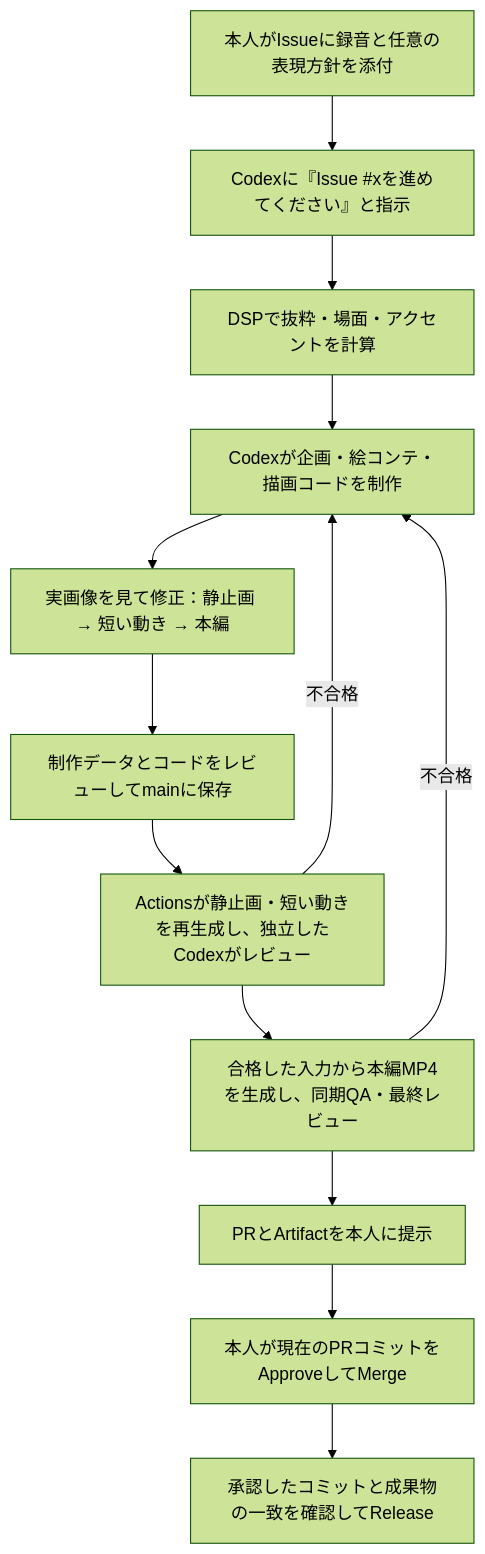
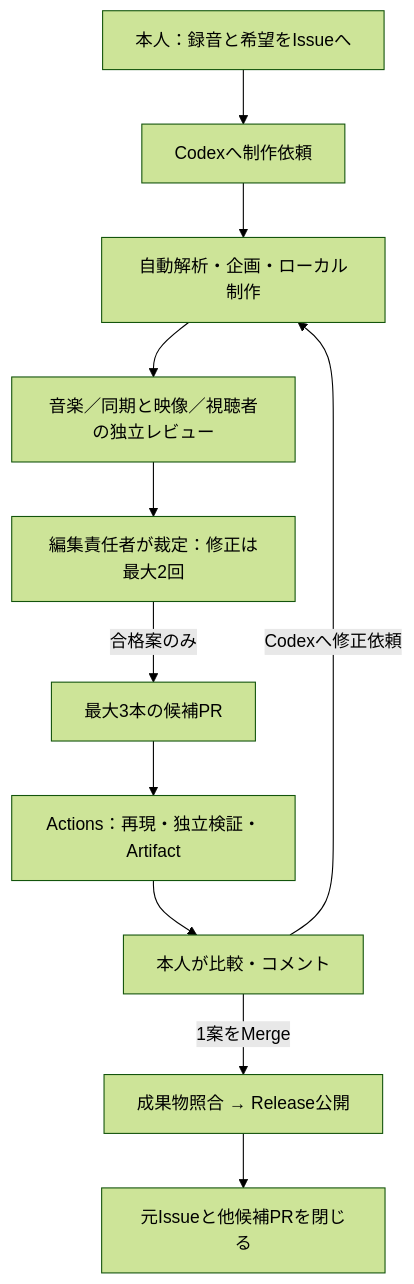
One commit to YusukeIwaki/chopin-mood changed the diagram in README.md. Above: the diagram before and after it, drawn with Mermaid (forest theme). The commit also changed other lines of this file and 29 other files, not shown here.

````diff
--- a/README.md
+++ b/README.md
@@ -11,17 +17,13 @@
 ```mermaid
 flowchart TD
-  A["本人がIssueに録音と任意の表現方針を添付"]
-  B["Codexに『Issue #xを進めてください』と指示"]
-  C["DSPで抜粋・場面・アクセントを計算"]
-  D["Codexが企画・絵コンテ・描画コードを制作"]
-  E["実画像を見て修正：静止画 → 短い動き → 本編"]
-  F["制作データとコードをレビューしてmainに保存"]
-  G["Actionsが静止画・短い動きを再生成し、独立したCodexがレビュー"]
-  H["合格した入力から本編MP4を生成し、同期QA・最終レビュー"]
-  I["PRとArtifactを本人に提示"]
-  J["本人が現在のPRコミットをApproveしてMerge"]
-  K["承認したコミットと成果物の一致を確認してRelease"]
-  A --> B --> C --> D --> E --> F --> G --> H --> I --> J --> K
-  G -->|不合格| D
-  H -->|不合格| D
+  A["本人：録音と希望をIssueへ"] --> B["Codexへ制作依頼"]
+  B --> C["自動解析・企画・ローカル制作"]
+  C --> D["音楽／同期と映像／視聴者の独立レビュー"]
+  D --> E["編集責任者が裁定：修正は最大2回"]
+  E -->|合格案のみ| F["最大3本の候補PR"]
+  F --> G["Actions：再現・独立検証・Artifact"]
+  G --> H["本人が比較・コメント"]
+  H -->|Codexへ修正依頼| C
+  H -->|1案をMerge| I["成果物照合 → Release公開"]
+  I --> J["元Issueと他候補PRを閉じる"]
 ```
````
